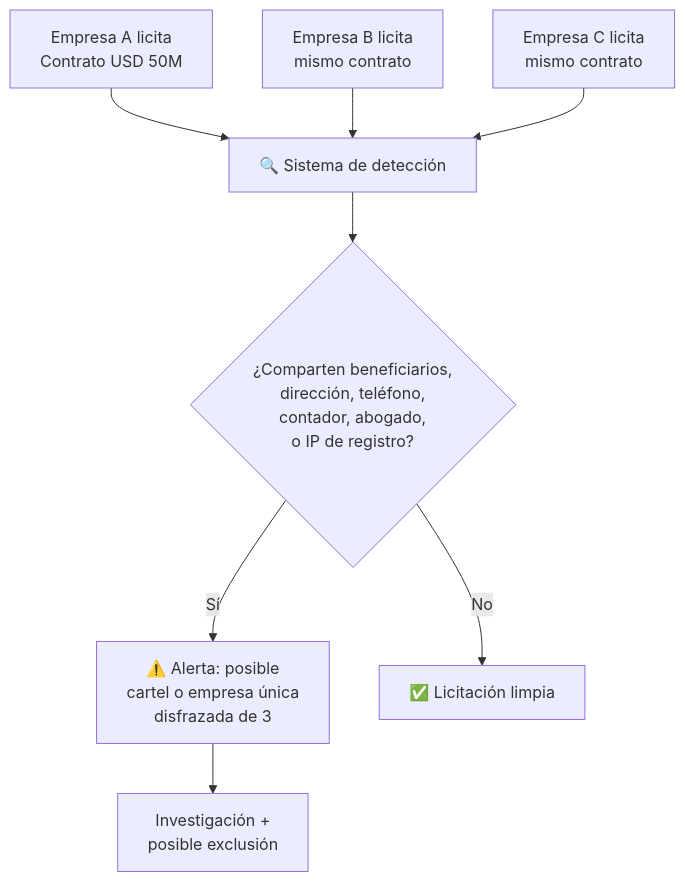
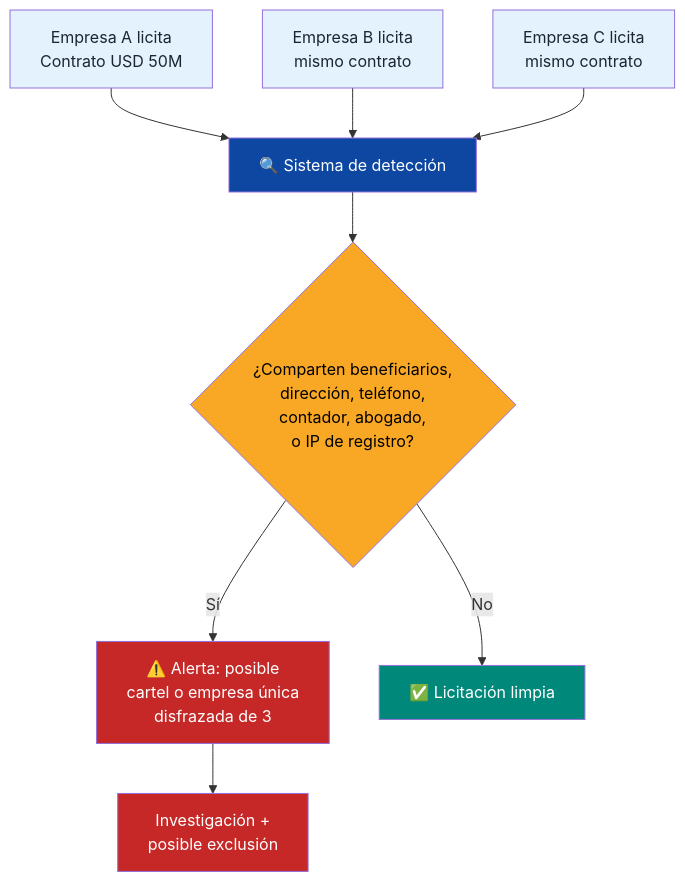
Before and after one commit to Venezuela-S-A/venezuela-sa: the diagram in docs/04-gobernanza/sistema-antifragil.md, drawn with Mermaid. The commit also changed 127 other files, not shown here.

````diff
--- a/docs/04-gobernanza/sistema-antifragil.md
+++ b/docs/04-gobernanza/sistema-antifragil.md
@@ -88,10 +88,19 @@
 ```mermaid
 flowchart TD
     A["Empresa A licita<br/>Contrato USD 50M"] --> CHECK["🔍 Sistema de detección"]
     B["Empresa B licita<br/>mismo contrato"] --> CHECK
     C["Empresa C licita<br/>mismo contrato"] --> CHECK
     CHECK --> D{"¿Comparten beneficiarios,<br/>dirección, teléfono,<br/>contador, abogado,<br/>o IP de registro?"}
     D -->|Sí| E["⚠️ Alerta: posible<br/>cartel o empresa única<br/>disfrazada de 3"]
     D -->|No| F["✅ Licitación limpia"]
     E --> G["Investigación +<br/>posible exclusión"]
+
+    style A fill:#E3F2FD,color:#1B2631
+    style B fill:#E3F2FD,color:#1B2631
+    style C fill:#E3F2FD,color:#1B2631
+    style CHECK fill:#0D47A1,color:#fff
+    style D fill:#F9A825,color:#000
+    style E fill:#C62828,color:#fff
+    style F fill:#00897B,color:#fff
+    style G fill:#C62828,color:#fff
 ```
````
